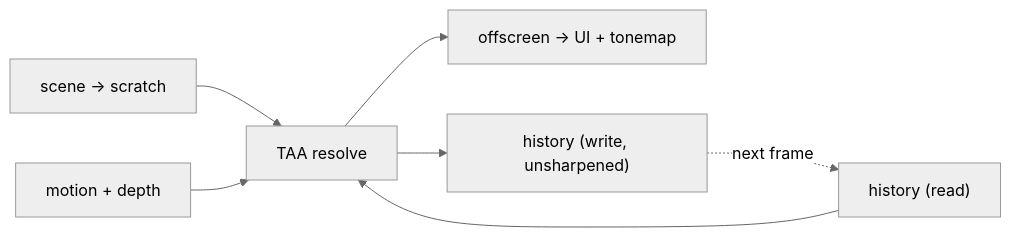
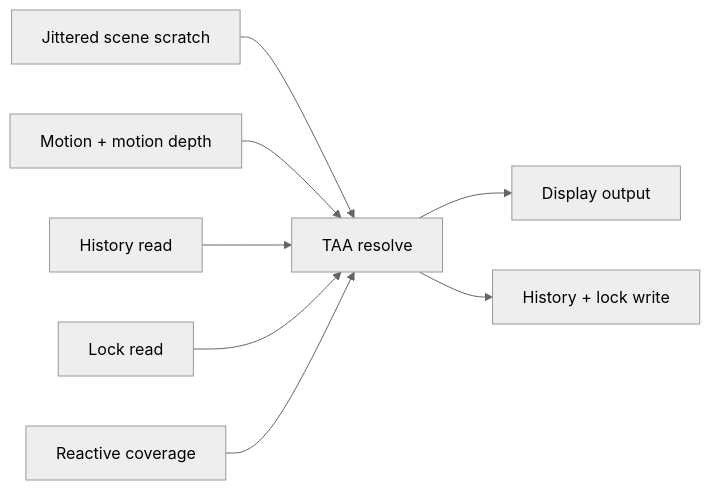
The diagram in docs/content/explanations/screen-space-and-post/taa.md (saffronjam/SaffronEngine), drawn with Mermaid (neutral theme) before and after one commit. The commit also changed other lines of this file and 13 other files, not shown here.

````diff
--- a/docs/content/explanations/screen-space-and-post/taa.md
+++ b/docs/content/explanations/screen-space-and-post/taa.md
@@ -101,9 +88,10 @@
 ```mermaid
 flowchart LR
-    A[scene → scratch] --> B[TAA resolve]
-    H0["history (read)"] --> B
-    M[motion + depth] --> B
-    B --> O[offscreen → UI + tonemap]
-    B --> H1["history (write, unsharpened)"]
-    H1 -. next frame .-> H0
+    A[Jittered scene scratch] --> R[TAA resolve]
+    M[Motion + motion depth] --> R
+    H[History read] --> R
+    L[Lock read] --> R
+    X[Reactive coverage] --> R
+    R --> O[Display output]
+    R --> N[History + lock write]
 ```
````
